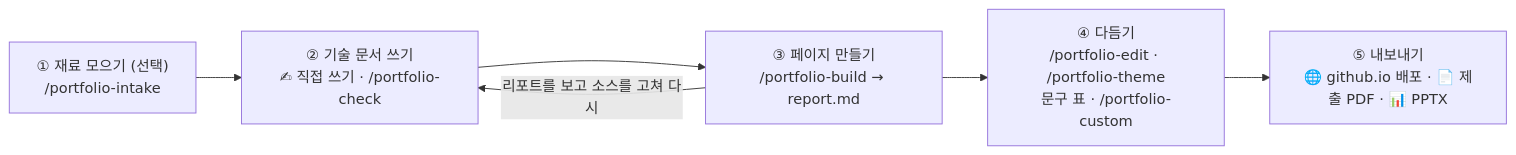
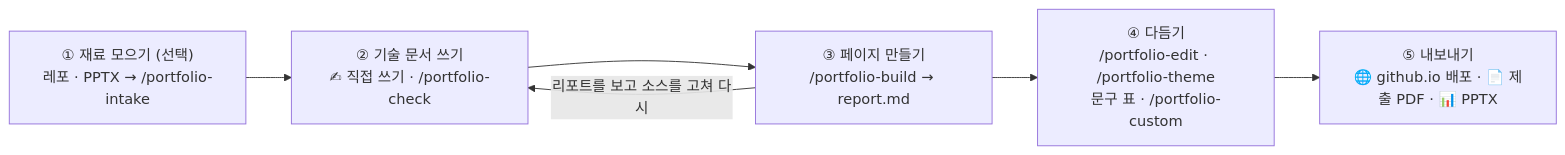
The diagram in README.md (krr6606/krr6606.github.io), drawn with Mermaid before and after one commit. The commit also changed other lines of this file, not shown here.

First line of the commit message:
README: PPTX 가져오기를 도구 표·설명서에 따로 드러내기

````diff
--- a/README.md
+++ b/README.md
@@ -11,8 +11,8 @@
 ```mermaid
 flowchart LR
-    A["① 재료 모으기 (선택)<br/>/portfolio-intake"] --> B["② 기술 문서 쓰기<br/>✍ 직접 쓰기 · /portfolio-check"]
+    A["① 재료 모으기 (선택)<br/>레포 · PPTX → /portfolio-intake"] --> B["② 기술 문서 쓰기<br/>✍ 직접 쓰기 · /portfolio-check"]
     B --> C["③ 페이지 만들기<br/>/portfolio-build → report.md"]
     C -->|"리포트를 보고 소스를 고쳐 다시"| B
     C --> D["④ 다듬기<br/>/portfolio-edit · /portfolio-theme<br/>문구 표 · /portfolio-custom"]
     D --> E["⑤ 내보내기<br/>🌐 github.io 배포 · 📄 제출 PDF · 📊 PPTX"]
 ```
````
